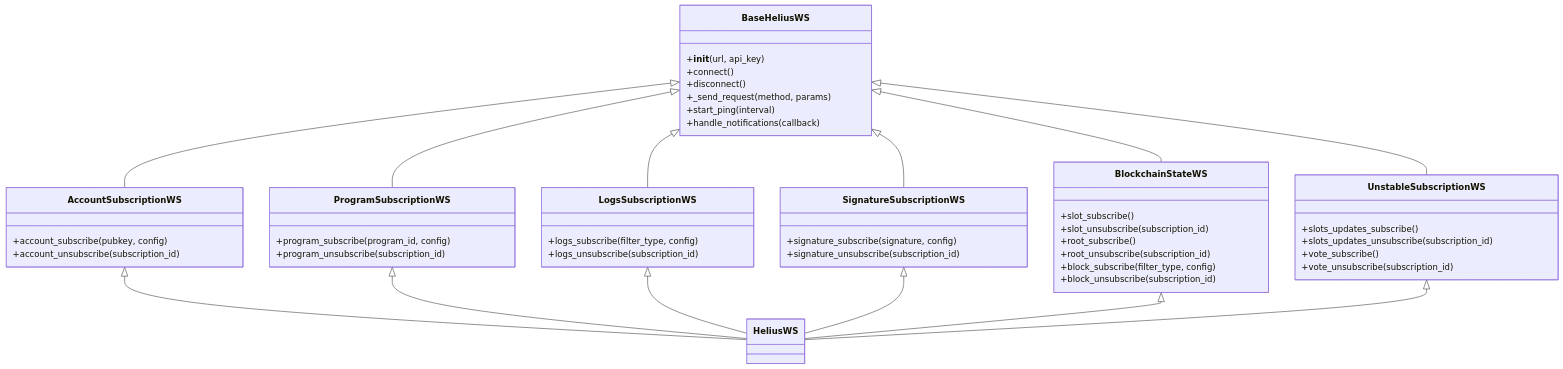
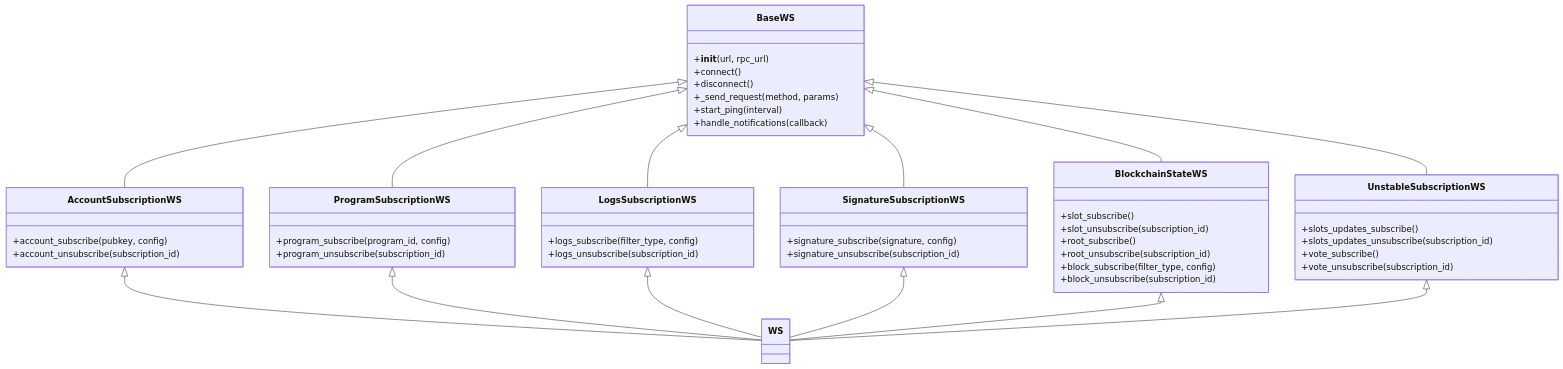
One commit to SteveGremory/helius_sdk changed the second of 2 diagrams in readme.md. Above: the diagram before and after it, drawn with Mermaid. The commit also changed other lines of this file and 20 other files, not shown here.

````diff
--- a/readme.md
+++ b/readme.md
@@ -214,64 +215,64 @@
 ```mermaid
 classDiagram
-    BaseHeliusWS <|-- AccountSubscriptionWS
-    BaseHeliusWS <|-- ProgramSubscriptionWS
-    BaseHeliusWS <|-- LogsSubscriptionWS
-    BaseHeliusWS <|-- SignatureSubscriptionWS
-    BaseHeliusWS <|-- BlockchainStateWS
-    BaseHeliusWS <|-- UnstableSubscriptionWS
-    
-    AccountSubscriptionWS <|-- HeliusWS
-    ProgramSubscriptionWS <|-- HeliusWS
-    LogsSubscriptionWS <|-- HeliusWS
-    SignatureSubscriptionWS <|-- HeliusWS
-    BlockchainStateWS <|-- HeliusWS
-    UnstableSubscriptionWS <|-- HeliusWS
-    
-    class BaseHeliusWS {
-        +__init__(url, api_key)
+    BaseWS <|-- AccountSubscriptionWS
+    BaseWS <|-- ProgramSubscriptionWS
+    BaseWS <|-- LogsSubscriptionWS
+    BaseWS <|-- SignatureSubscriptionWS
+    BaseWS <|-- BlockchainStateWS
+    BaseWS <|-- UnstableSubscriptionWS
+
+    AccountSubscriptionWS <|-- WS
+    ProgramSubscriptionWS <|-- WS
+    LogsSubscriptionWS <|-- WS
+    SignatureSubscriptionWS <|-- WS
+    BlockchainStateWS <|-- WS
+    UnstableSubscriptionWS <|-- WS
+
+    class BaseWS {
+        +__init__(url, rpc_url)
         +connect()
         +disconnect()
         +_send_request(method, params)
         +start_ping(interval)
         +handle_notifications(callback)
     }
-    
+
     class AccountSubscriptionWS {
         +account_subscribe(pubkey, config)
         +account_unsubscribe(subscription_id)
     }
-    
+
     class ProgramSubscriptionWS {
         +program_subscribe(program_id, config)
         +program_unsubscribe(subscription_id)
     }
-    
+
     class LogsSubscriptionWS {
         +logs_subscribe(filter_type, config)
         +logs_unsubscribe(subscription_id)
     }
-    
+
     class SignatureSubscriptionWS {
         +signature_subscribe(signature, config)
         +signature_unsubscribe(subscription_id)
     }
-    
+
     class BlockchainStateWS {
         +slot_subscribe()
         +slot_unsubscribe(subscription_id)
         +root_subscribe()
         +root_unsubscribe(subscription_id)
         +block_subscribe(filter_type, config)
         +block_unsubscribe(subscription_id)
     }
-    
+
     class UnstableSubscriptionWS {
         +slots_updates_subscribe()
         +slots_updates_unsubscribe(subscription_id)
         +vote_subscribe()
         +vote_unsubscribe(subscription_id)
     }
-    
-    class HeliusWS {
+
+    class WS {
     }
 ```
````
